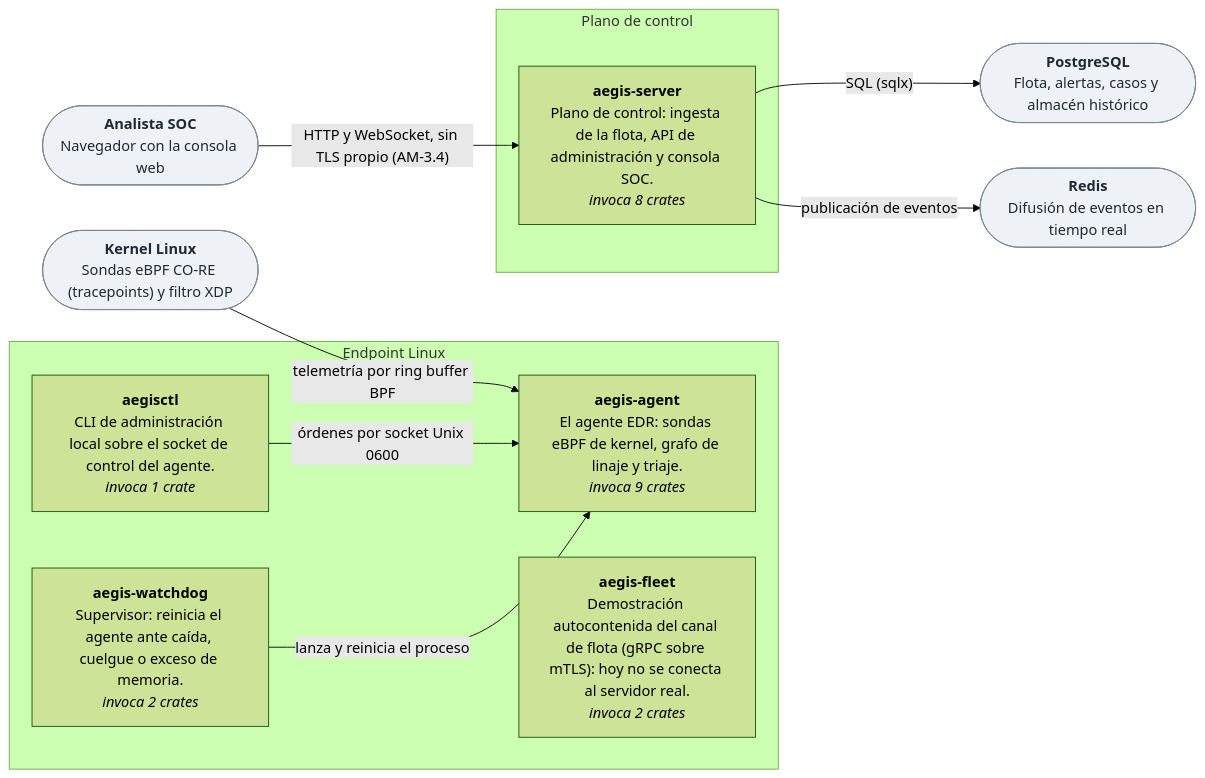
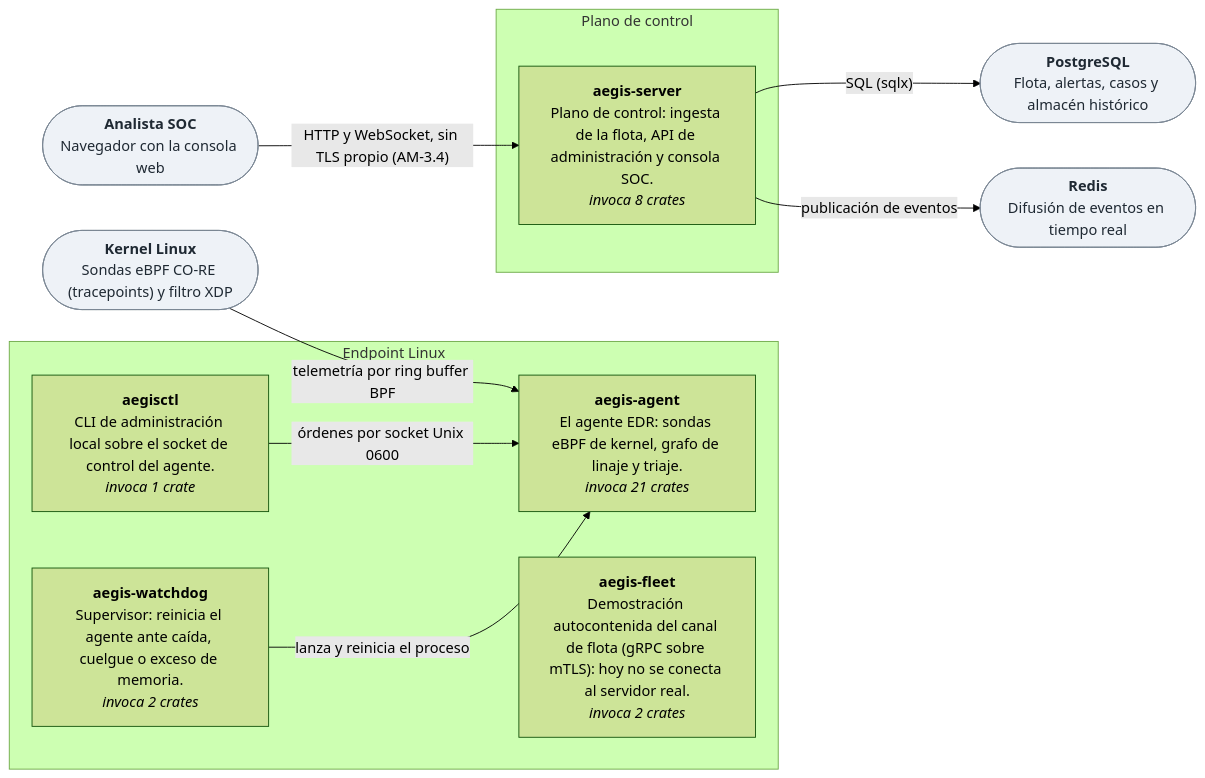
Before and after one commit to arguar13/Antivirus-inteligente: the diagram in README.md, drawn with Mermaid (forest theme). The commit also changed other lines of this file and 28 other files, not shown here.

````diff
--- a/README.md
+++ b/README.md
@@ -108,23 +108,23 @@
 ```mermaid
 flowchart LR
     subgraph endpoint["Endpoint Linux"]
-        aegis_agent["<b>aegis-agent</b><br/>El agente EDR: sondas eBPF de kernel, grafo de linaje y triaje.<br/><i>invoca 9 crates</i>"]
+        aegis_agent["<b>aegis-agent</b><br/>El agente EDR: sondas eBPF de kernel, grafo de linaje y triaje.<br/><i>invoca 21 crates</i>"]
         aegisctl["<b>aegisctl</b><br/>CLI de administración local sobre el socket de control del agente.<br/><i>invoca 1 crate</i>"]
         aegis_watchdog["<b>aegis-watchdog</b><br/>Supervisor: reinicia el agente ante caída, cuelgue o exceso de memoria.<br/><i>invoca 2 crates</i>"]
         aegis_fleet["<b>aegis-fleet</b><br/>Demostración autocontenida del canal de flota (gRPC sobre mTLS): hoy no se conecta al servidor real.<br/><i>invoca 2 crates</i>"]
     end
     subgraph plano_de_control["Plano de control"]
         aegis_server["<b>aegis-server</b><br/>Plano de control: ingesta de la flota, API de administración y consola SOC.<br/><i>invoca 8 crates</i>"]
     end
     kernel(["<b>Kernel Linux</b><br/>Sondas eBPF CO-RE (tracepoints) y filtro XDP"]):::externo
     navegador(["<b>Analista SOC</b><br/>Navegador con la consola web"]):::externo
     postgres(["<b>PostgreSQL</b><br/>Flota, alertas, casos y almacén histórico"]):::externo
     redis(["<b>Redis</b><br/>Difusión de eventos en tiempo real"]):::externo
     kernel -->|"telemetría por ring buffer BPF"| aegis_agent
     aegisctl -->|"órdenes por socket Unix 0600"| aegis_agent
     aegis_watchdog -->|"lanza y reinicia el proceso"| aegis_agent
     navegador -->|"HTTP y WebSocket, sin TLS propio (AM-3.4)"| aegis_server
     aegis_server -->|"SQL (sqlx)"| postgres
     aegis_server -->|"publicación de eventos"| redis
     classDef externo fill:#eef2f7,stroke:#7b8794,color:#1f2933
 ```
````
